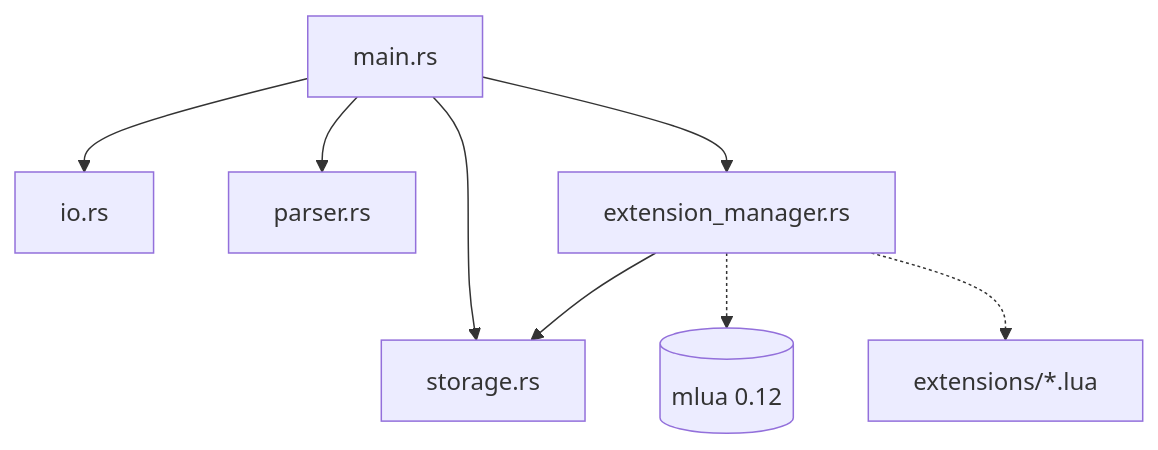
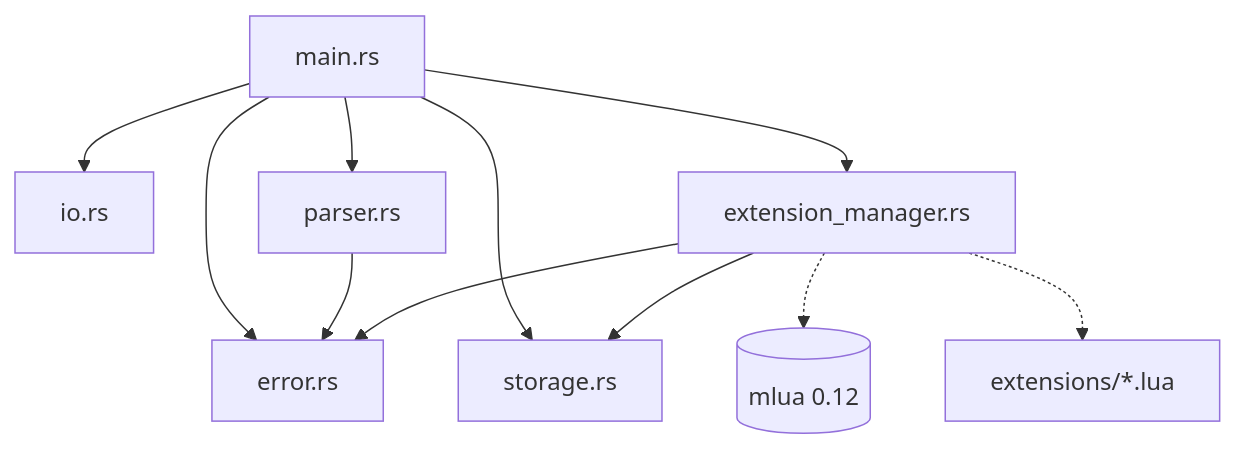
The diagram in README.md (gabe-frasz/tt.mini-kv-storage), drawn with Mermaid before and after one commit. The commit also changed other lines of this file and 6 other files, not shown here.

````diff
--- a/README.md
+++ b/README.md
@@ -214,10 +222,13 @@
 ```mermaid
 graph TD
     Main[main.rs] --> IO[io.rs]
     Main --> Parser[parser.rs]
     Main --> Storage[storage.rs]
     Main --> ExtManager[extension_manager.rs]
+    Main --> Error[error.rs]
+    Parser --> Error
+    ExtManager --> Error
     ExtManager --> Storage
     ExtManager -.-> MLua[(mlua 0.12)]
     ExtManager -.-> ExtensionsDir[extensions/*.lua]
 ```
````
